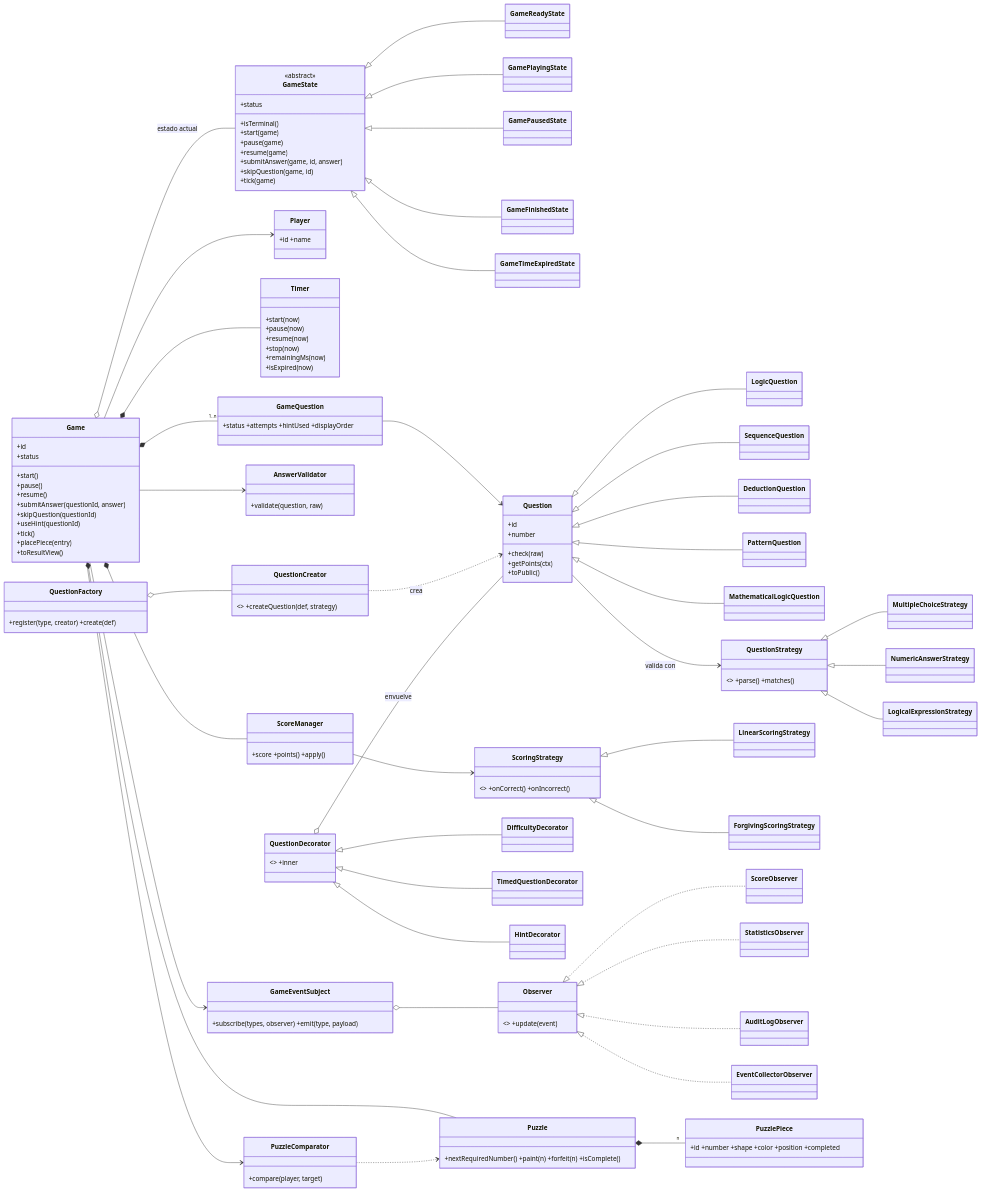
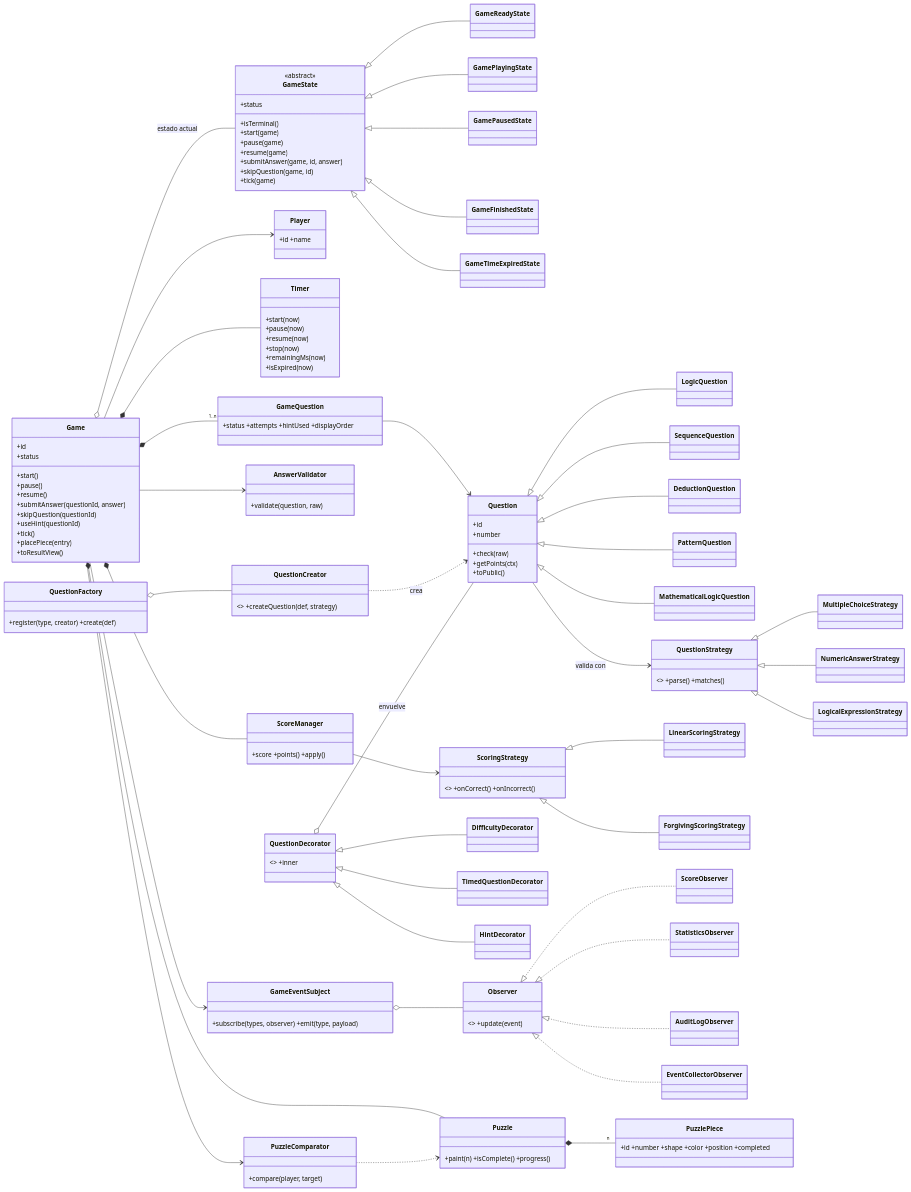
One commit to davidarce0109-sketch/logic_paint changed the first of 5 diagrams in docs/uml.md. Above: the diagram before and after it, drawn with Mermaid. The commit also changed other lines of this file and 3 other files, not shown here.

```diff
--- a/docs/uml.md
+++ b/docs/uml.md
@@ -123,7 +123,7 @@
   GameEventSubject o-- Observer
   Game --> GameEventSubject
 
-  class Puzzle { +nextRequiredNumber() +paint(n) +forfeit(n) +isComplete() }
+  class Puzzle { +paint(n) +isComplete() +progress() }
   class PuzzlePiece { +id +number +shape +color +position +completed }
   class PuzzleComparator { +compare(player, target) }
   Puzzle *-- "n" PuzzlePiece
```
